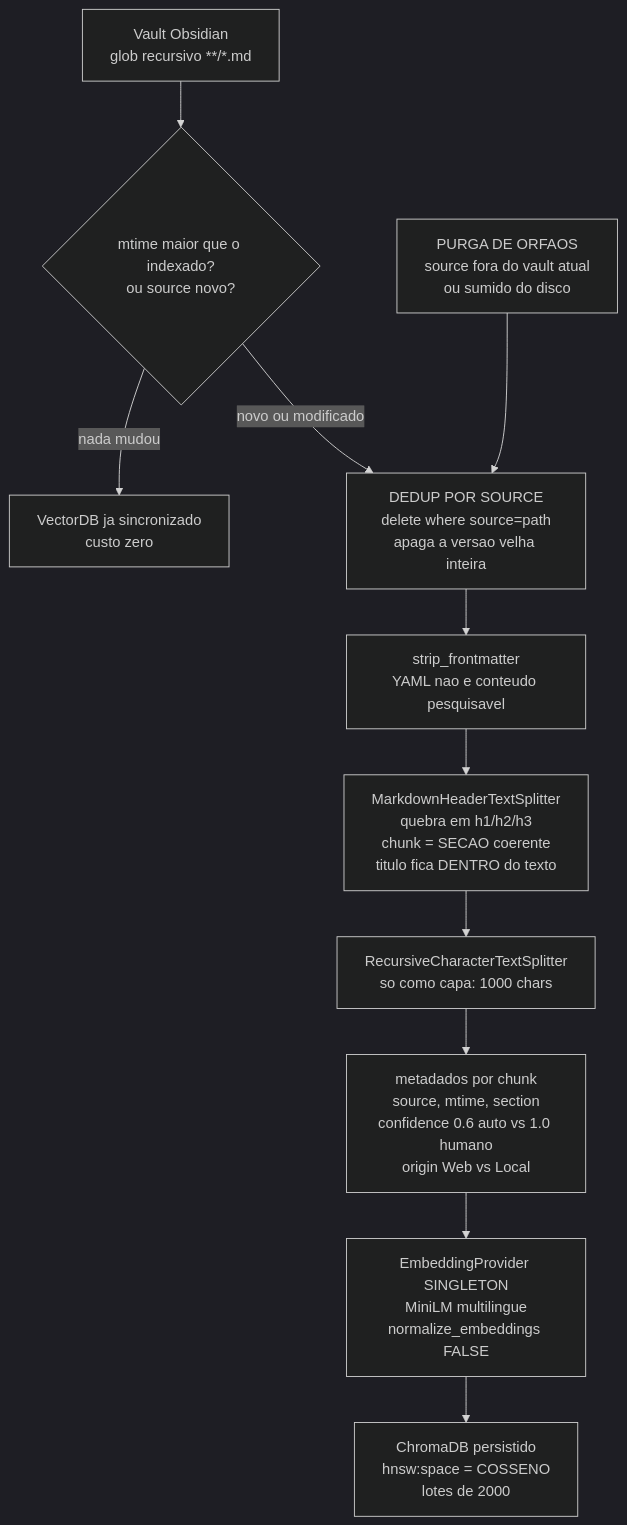
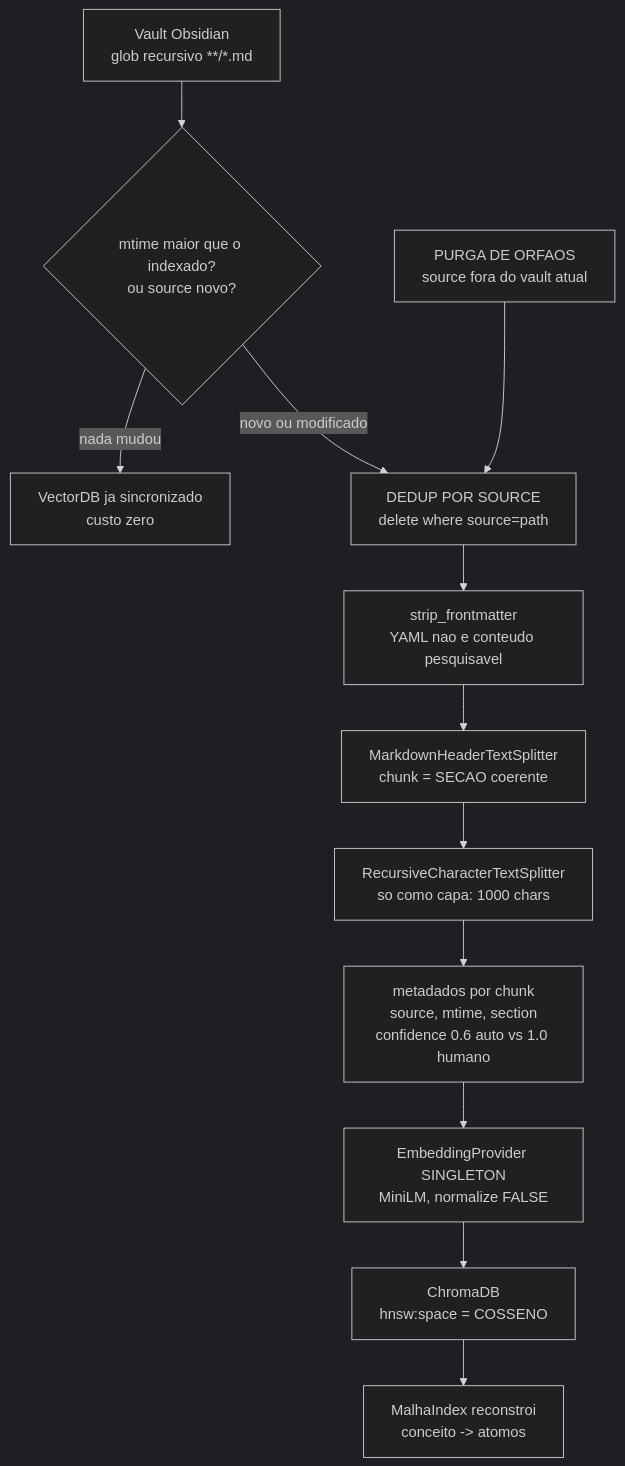
Before and after one commit to danielpvp22/mente_digital: the sixth of 8 diagrams in README.md, drawn with Mermaid (dark theme). The commit also changed other lines of this file, not shown here.

````diff
--- a/README.md
+++ b/README.md
@@ -283,13 +535,14 @@
 ```mermaid
 flowchart TD
     V["Vault Obsidian<br/>glob recursivo **/*.md"] --> DIFF{"mtime maior que o indexado?<br/>ou source novo?"}
     DIFF -->|"nada mudou"| SKIP["VectorDB ja sincronizado<br/>custo zero"]
-    ORF["PURGA DE ORFAOS<br/>source fora do vault atual<br/>ou sumido do disco"] --> DEL
-    DIFF -->|"novo ou modificado"| DEL["DEDUP POR SOURCE<br/>delete where source=path<br/>apaga a versao velha inteira"]
+    ORF["PURGA DE ORFAOS<br/>source fora do vault atual"] --> DEL
+    DIFF -->|"novo ou modificado"| DEL["DEDUP POR SOURCE<br/>delete where source=path"]
     DEL --> FM["strip_frontmatter<br/>YAML nao e conteudo pesquisavel"]
-    FM --> HDR["MarkdownHeaderTextSplitter<br/>quebra em h1/h2/h3<br/>chunk = SECAO coerente<br/>titulo fica DENTRO do texto"]
+    FM --> HDR["MarkdownHeaderTextSplitter<br/>chunk = SECAO coerente"]
     HDR --> CAP["RecursiveCharacterTextSplitter<br/>so como capa: 1000 chars"]
-    CAP --> META["metadados por chunk<br/>source, mtime, section<br/>confidence 0.6 auto vs 1.0 humano<br/>origin Web vs Local"]
-    META --> EMB["EmbeddingProvider SINGLETON<br/>MiniLM multilingue<br/>normalize_embeddings FALSE"]
-    EMB --> CHR["ChromaDB persistido<br/>hnsw:space = COSSENO<br/>lotes de 2000"]
+    CAP --> META["metadados por chunk<br/>source, mtime, section<br/>confidence 0.6 auto vs 1.0 humano"]
+    META --> EMB["EmbeddingProvider SINGLETON<br/>MiniLM, normalize FALSE"]
+    EMB --> CHR["ChromaDB<br/>hnsw:space = COSSENO"]
+    CHR --> MLH["MalhaIndex reconstroi<br/>conceito -> atomos"]
 ```
````
